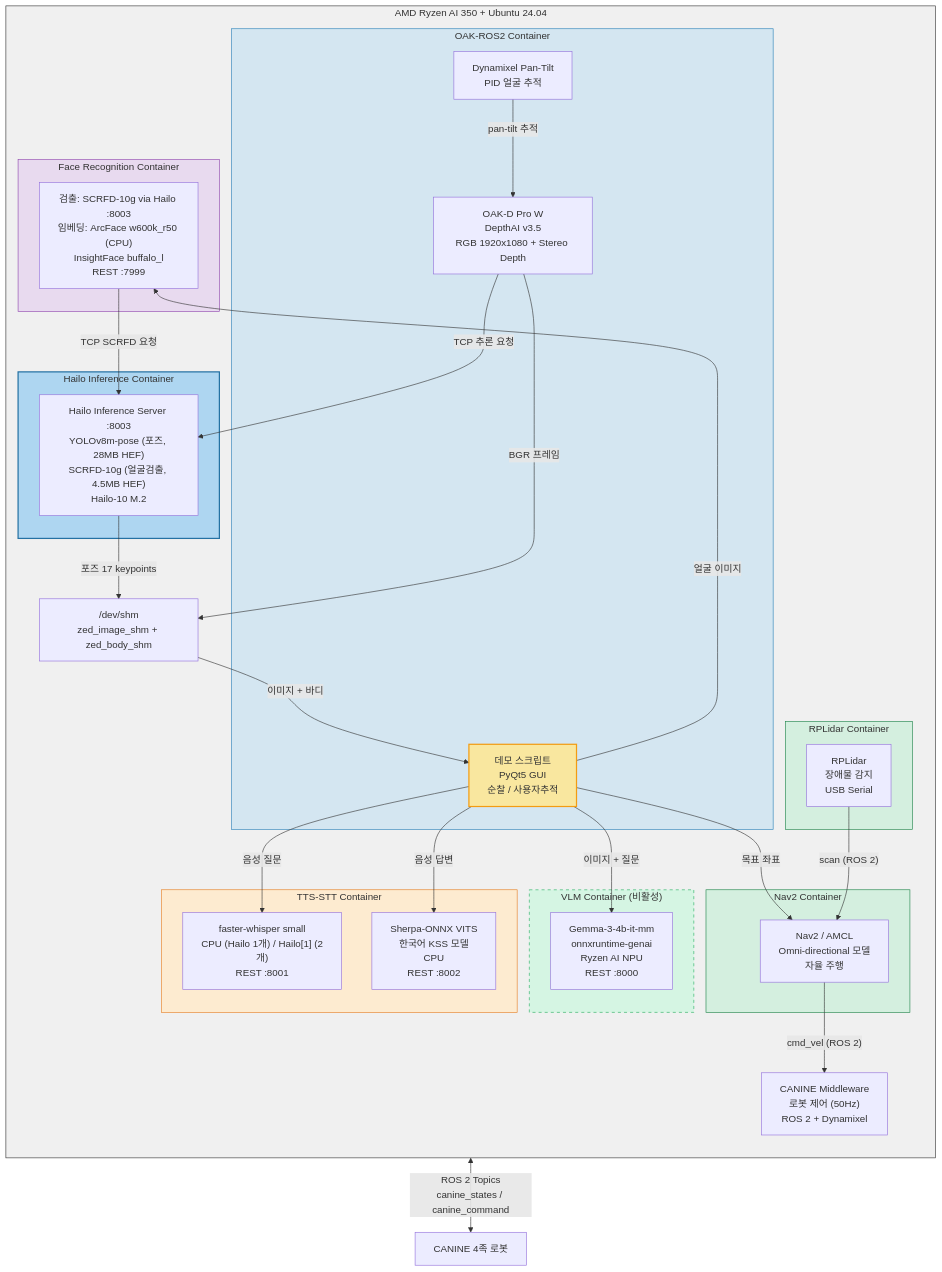
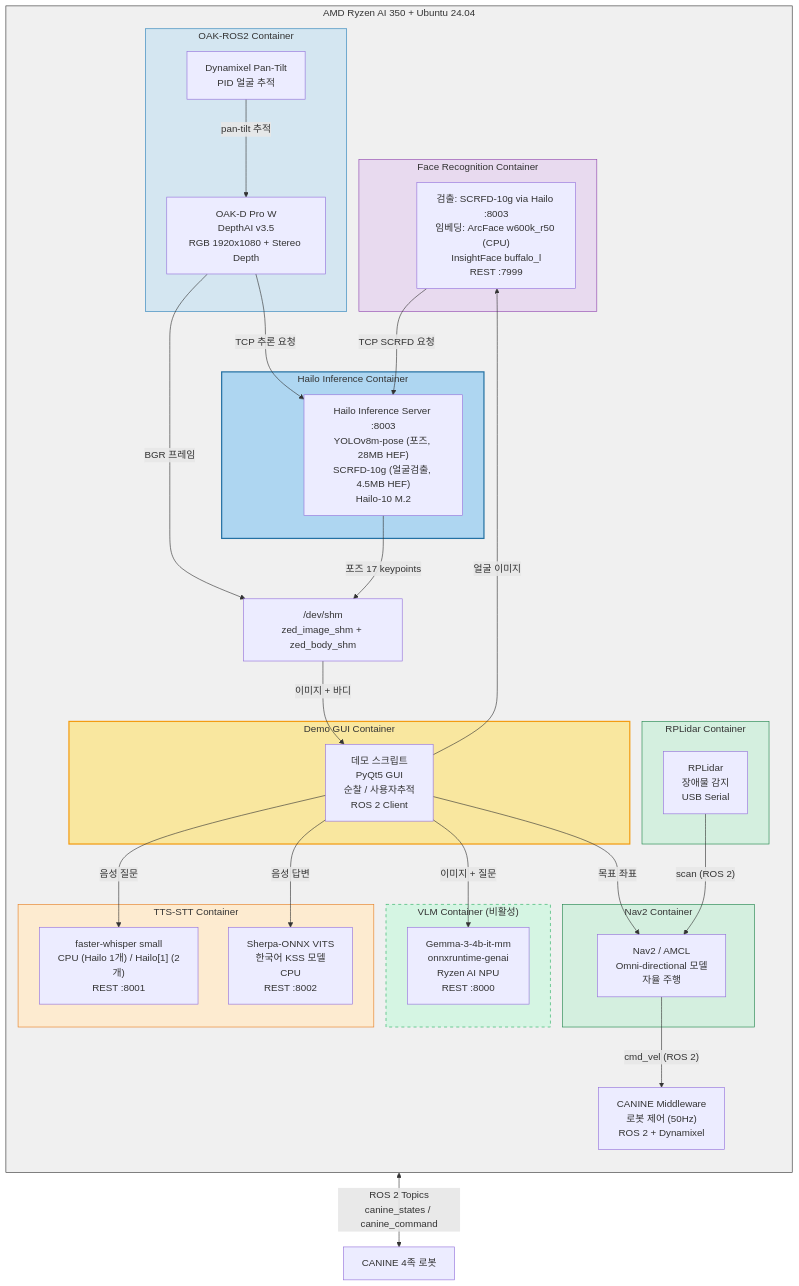
One commit to ETRI-OAC/ETRI-OAC-DEMO changed the diagram in README.md. Above: the diagram before and after it, drawn with Mermaid. The commit also changed 12 other files, not shown here.

First line of the commit message:
Add demo-gui container; slim OAK-ROS2; add build_all_docker.sh

````diff
--- a/README.md
+++ b/README.md
@@ -5,68 +5,71 @@
 ```mermaid
 graph TB
     subgraph HOST["AMD Ryzen AI 350 + Ubuntu 24.04"]
         direction TB
 
         subgraph OAK["OAK-ROS2 Container"]
             CAM["OAK-D Pro W<br/>DepthAI v3.5<br/>RGB 1920x1080 + Stereo Depth"]
             PT["Dynamixel Pan-Tilt<br/>PID 얼굴 추적"]
-            DEMO["데모 스크립트<br/>PyQt5 GUI<br/>순찰 / 사용자추적"]
+        end
+
+        subgraph DEMO_C["Demo GUI Container"]
+            DEMO["데모 스크립트<br/>PyQt5 GUI<br/>순찰 / 사용자추적<br/>ROS 2 Client"]
         end
 
         subgraph HAILO_C["Hailo Inference Container"]
             HAILO_SRV["Hailo Inference Server :8003<br/>YOLOv8m-pose (포즈, 28MB HEF)<br/>SCRFD-10g (얼굴검출, 4.5MB HEF)<br/>Hailo-10 M.2"]
         end
 
         subgraph NAV_C["Nav2 Container"]
             NAV["Nav2 / AMCL<br/>Omni-directional 모델<br/>자율 주행"]
         end
 
         subgraph LIDAR_C["RPLidar Container"]
             LIDAR["RPLidar<br/>장애물 감지<br/>USB Serial"]
         end
 
         MW["CANINE Middleware<br/>로봇 제어 (50Hz)<br/>ROS 2 + Dynamixel"]
 
         subgraph VLM_C["VLM Container (비활성)"]
             VLM["Gemma-3-4b-it-mm<br/>onnxruntime-genai<br/>Ryzen AI NPU<br/>REST :8000"]
         end
 
         subgraph TTS_C["TTS-STT Container"]
             STT["faster-whisper small<br/>CPU (Hailo 1개) / Hailo[1] (2개)<br/>REST :8001"]
             TTS["Sherpa-ONNX VITS<br/>한국어 KSS 모델<br/>CPU<br/>REST :8002"]
         end
 
         subgraph FACE_C["Face Recognition Container"]
             FACE["검출: SCRFD-10g via Hailo :8003<br/>임베딩: ArcFace w600k_r50 (CPU)<br/>InsightFace buffalo_l<br/>REST :7999"]
         end
 
         SHM["/dev/shm<br/>zed_image_shm + zed_body_shm"]
     end
 
     ROBOT["CANINE 4족 로봇"]
 
     CAM -->|"BGR 프레임"| SHM
     HAILO_SRV -->|"포즈 17 keypoints"| SHM
     CAM -->|"TCP 추론 요청"| HAILO_SRV
     FACE -->|"TCP SCRFD 요청"| HAILO_SRV
     SHM -->|"이미지 + 바디"| DEMO
     DEMO -->|"음성 질문"| STT
     DEMO -->|"음성 답변"| TTS
     DEMO -->|"이미지 + 질문"| VLM
     DEMO -->|"얼굴 이미지"| FACE
     DEMO -->|"목표 좌표"| NAV
     MW <-->|"ROS 2 Topics<br/>canine_states / canine_command"| ROBOT
     LIDAR -->|"scan (ROS 2)"| NAV
     NAV -->|"cmd_vel (ROS 2)"| MW
     PT -->|"pan-tilt 추적"| CAM
 
     style HOST fill:#f0f0f0,stroke:#333
     style OAK fill:#d4e6f1,stroke:#2980b9
     style HAILO_C fill:#aed6f1,stroke:#2471a3,stroke-width:2px
     style NAV_C fill:#d4efdf,stroke:#1e8449
     style LIDAR_C fill:#d4efdf,stroke:#1e8449
     style VLM_C fill:#d5f5e3,stroke:#27ae60,stroke-dasharray: 5 5
     style TTS_C fill:#fdebd0,stroke:#e67e22
     style FACE_C fill:#e8daef,stroke:#8e44ad
-    style DEMO fill:#f9e79f,stroke:#f39c12,stroke-width:2px
+    style DEMO_C fill:#f9e79f,stroke:#f39c12,stroke-width:2px
 ```
````
